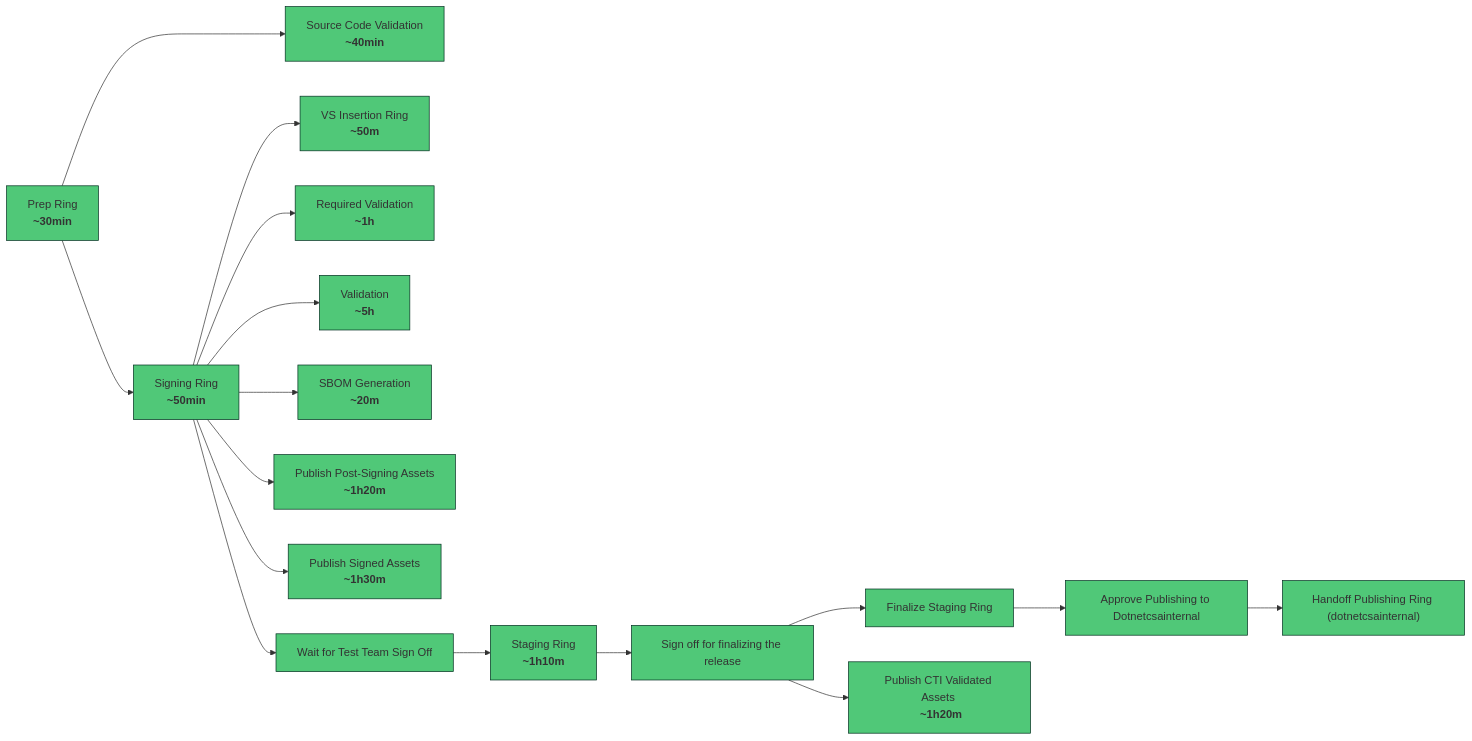
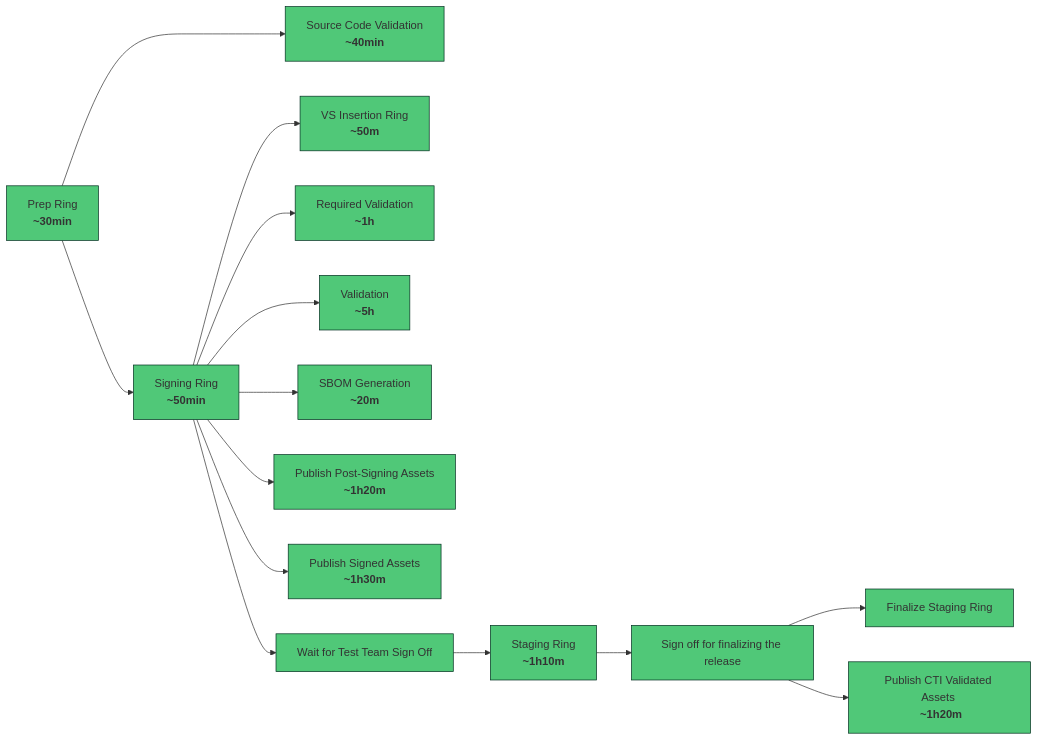
Before and after one commit to dotnet/arcade: the second of 2 diagrams in Documentation/TeamProcess/One-Pagers/bcm-emergency-staging-pipeline-optimizations-12261.md, drawn with Mermaid.

Commit message:
remove stages

````diff
--- a/Documentation/TeamProcess/One-Pagers/bcm-emergency-staging-pipeline-optimizations-12261.md
+++ b/Documentation/TeamProcess/One-Pagers/bcm-emergency-staging-pipeline-optimizations-12261.md
@@ -47,19 +47,17 @@
 ```mermaid
 flowchart LR
   prep["Prep Ring \n <b>~30min</b>"] --> signing["Signing Ring \n <b>~50min</b>"]
   prep ---> source_code_validation["Source Code Validation \n <b>~40min</b>"]
   signing --> vs_insertion["VS Insertion Ring \n <b>~50m</b>"]
   signing --> required_validation["Required Validation \n <b>~1h</b>"]
   signing --> validation["Validation \n <b>~5h</b>"]
   signing --> sbom_generation["SBOM Generation \n <b>~20m</b>"]
   signing --> publishing_v3_signed["Publish Post-Signing Assets \n <b>~1h20m</b>"]
   signing --> post_signing_publishing["Publish Signed Assets \n <b>~1h30m</b>"]
   signing --> cti_sign_off[Wait for Test Team Sign Off]
   cti_sign_off --> staging["Staging Ring \n <b>~1h10m</b>"]
   staging --> finalize_sign_off[Sign off for finalizing the release]
   finalize_sign_off --> finalize_staging[Finalize Staging Ring]
   finalize_sign_off --> publishing_v3_validated["Publish CTI Validated Assets \n <b>~1h20m</b>"]
-  finalize_staging --> handoff_sign_off_dotnetcsainternal[Approve Publishing to Dotnetcsainternal]
-  handoff_sign_off_dotnetcsainternal --> handoff_publishing_dotnetcsainternal["Handoff Publishing Ring (dotnetcsainternal)"]
   classDef default fill:#50C878, stroke:#023020;
 ```
````
